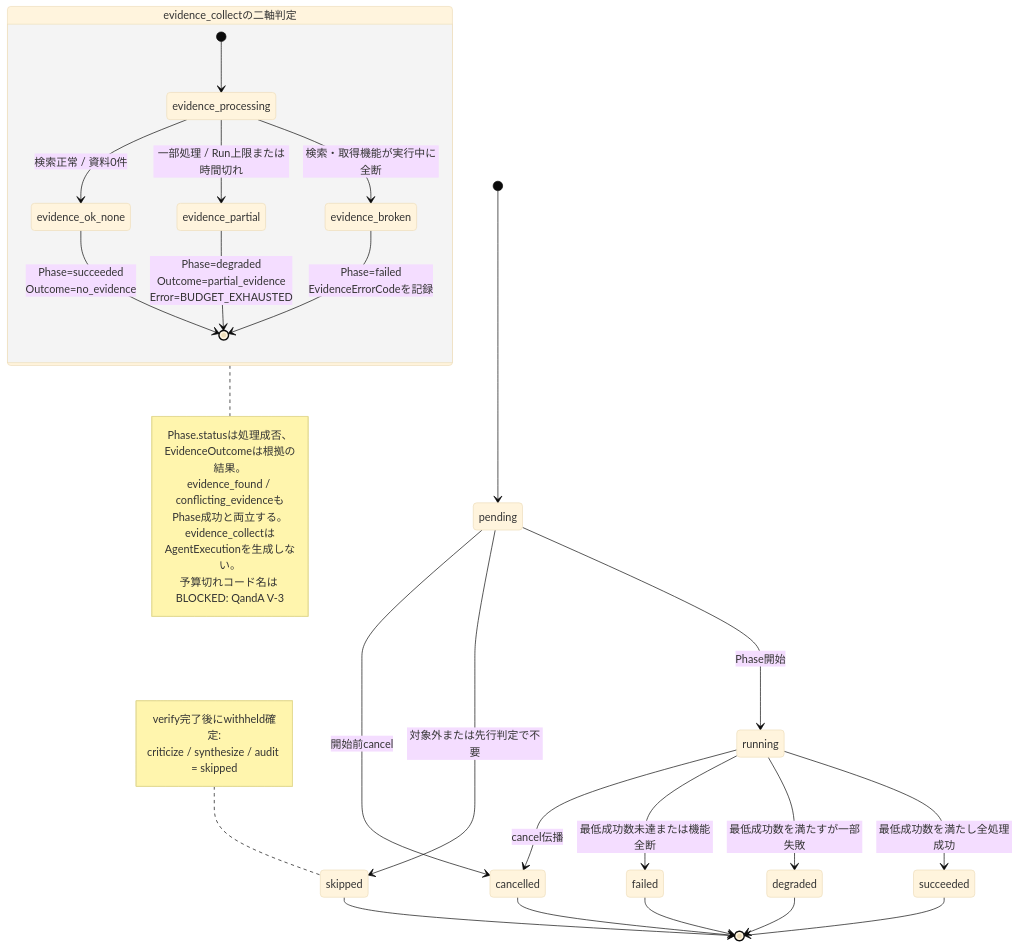
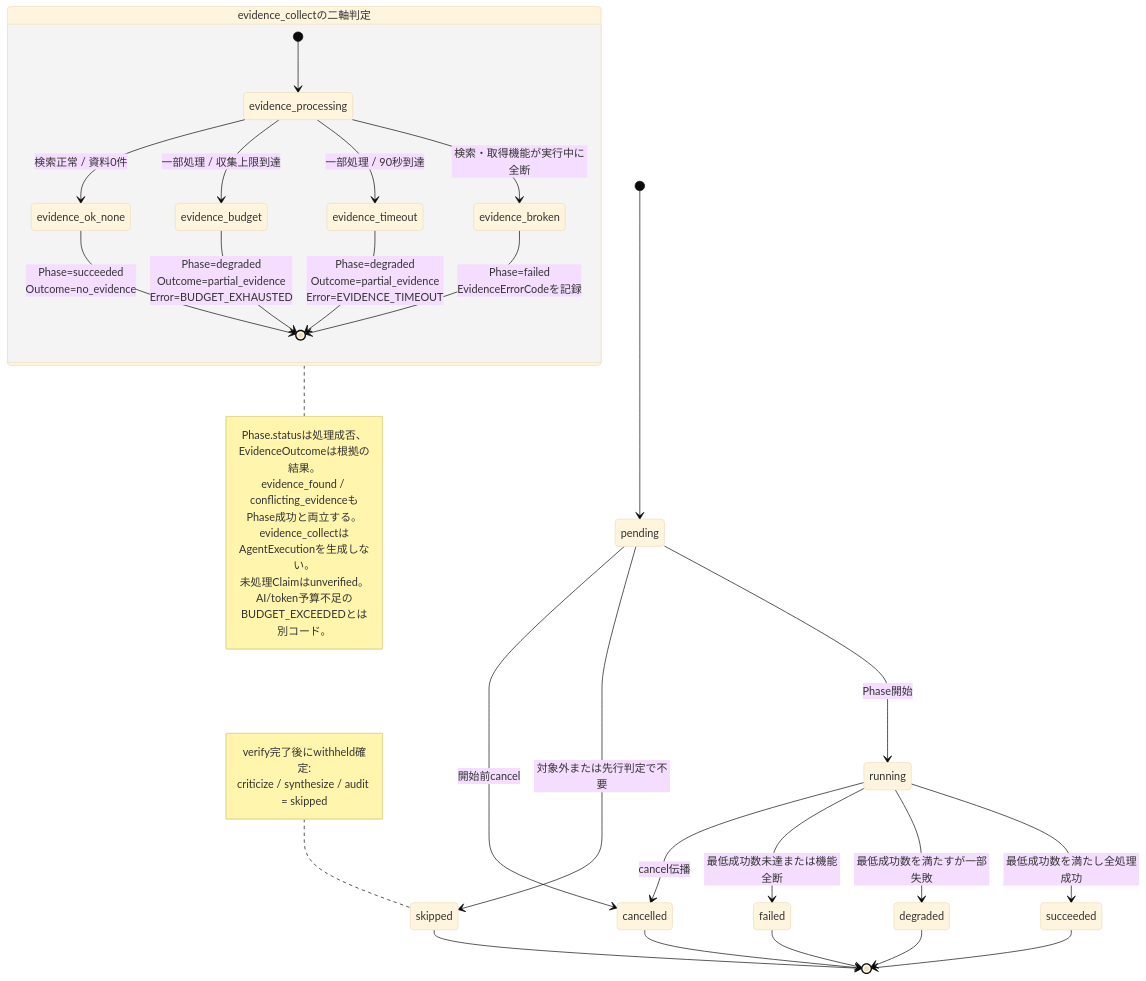
One commit to garyohosu/OracleCouncil changed the second of 5 diagrams in STATE.md. Above: the diagram before and after it, drawn with Mermaid (base theme). The commit also changed other lines of this file and 4 other files, not shown here.

Commit message:
docs: resolve run termination and evidence budget states

````diff
--- a/STATE.md
+++ b/STATE.md
@@ -55,39 +55,42 @@
 ```mermaid
 stateDiagram-v2
     [*] --> pending
     pending --> running: Phase開始
     pending --> skipped: 対象外または先行判定で不要
     pending --> cancelled: 開始前cancel
 
     running --> succeeded: 最低成功数を満たし全処理成功
     running --> degraded: 最低成功数を満たすが一部失敗
     running --> failed: 最低成功数未達または機能全断
     running --> cancelled: cancel伝播
 
     succeeded --> [*]
     degraded --> [*]
     failed --> [*]
     skipped --> [*]
     cancelled --> [*]
 
     state "evidence_collectの二軸判定" as evidence_collect {
         [*] --> evidence_processing
         evidence_processing --> evidence_ok_none: 検索正常 / 資料0件
-        evidence_processing --> evidence_partial: 一部処理 / Run上限または時間切れ
+        evidence_processing --> evidence_budget: 一部処理 / 収集上限到達
+        evidence_processing --> evidence_timeout: 一部処理 / 90秒到達
         evidence_processing --> evidence_broken: 検索・取得機能が実行中に全断
         evidence_ok_none --> [*]: Phase=succeeded<br/>Outcome=no_evidence
-        evidence_partial --> [*]: Phase=degraded<br/>Outcome=partial_evidence<br/>Error=BUDGET_EXHAUSTED
+        evidence_budget --> [*]: Phase=degraded<br/>Outcome=partial_evidence<br/>Error=BUDGET_EXHAUSTED
+        evidence_timeout --> [*]: Phase=degraded<br/>Outcome=partial_evidence<br/>Error=EVIDENCE_TIMEOUT
         evidence_broken --> [*]: Phase=failed<br/>EvidenceErrorCodeを記録
     }
 
     note right of evidence_collect
       Phase.statusは処理成否、EvidenceOutcomeは根拠の結果。
       evidence_found / conflicting_evidenceもPhase成功と両立する。
       evidence_collectはAgentExecutionを生成しない。
-      予算切れコード名は BLOCKED: QandA V-3
+      未処理Claimはunverified。
+      AI/token予算不足のBUDGET_EXCEEDEDとは別コード。
     end note
     note left of skipped
       verify完了後にwithheld確定:
       criticize / synthesize / audit = skipped
     end note
 ```
````
